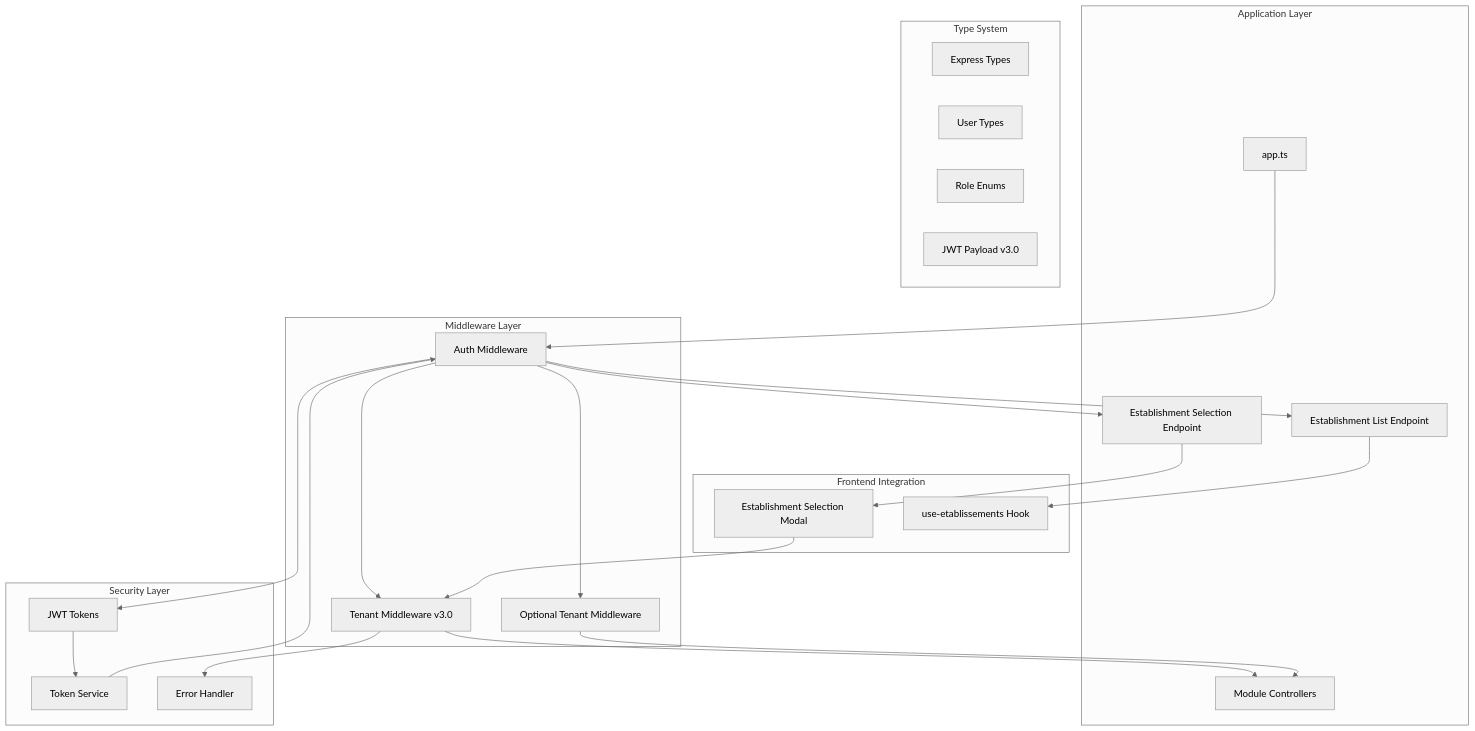
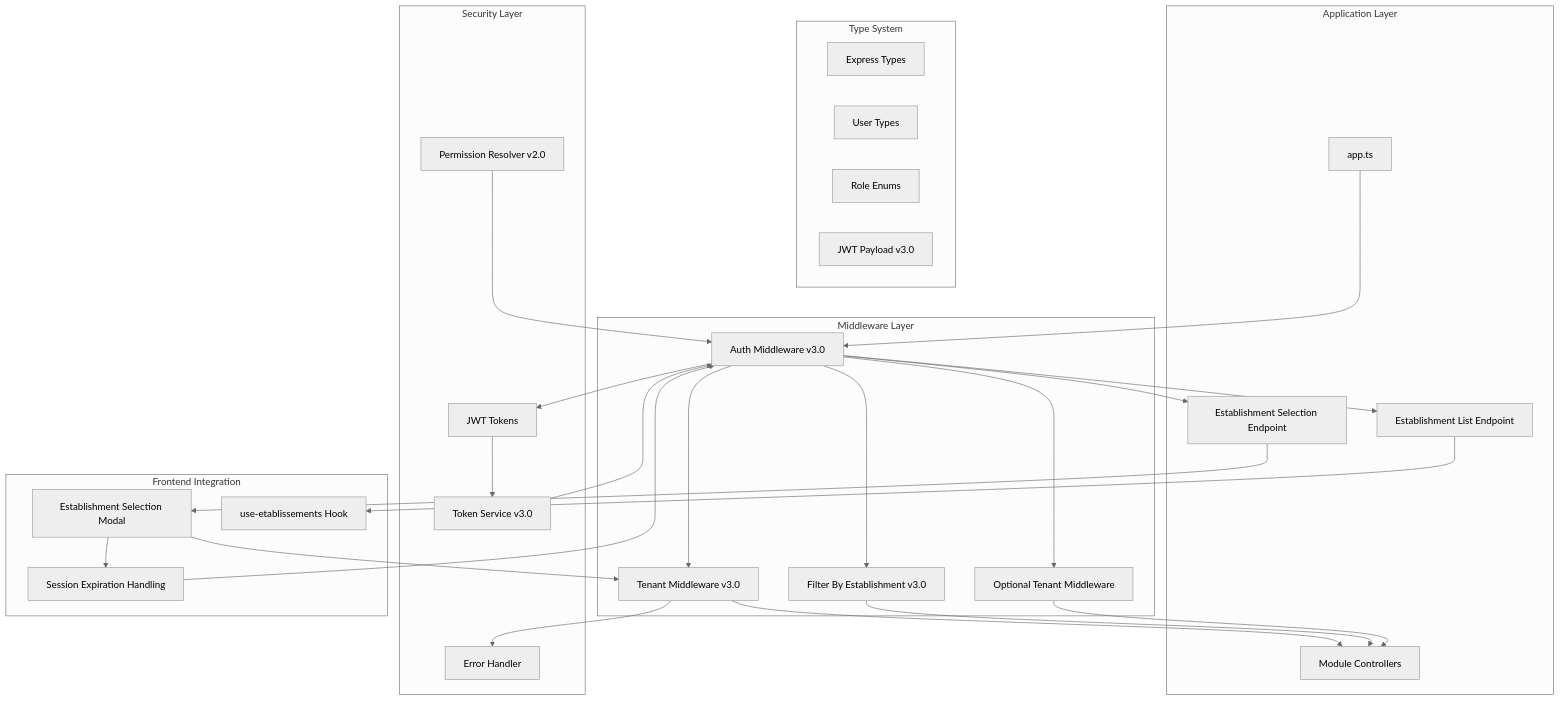
Before and after one commit to franckylab/eLISAschool: the first of 6 diagrams in .qoder/repowiki/en/content/Modules & Features/Administrative Modules/Security & Governance/Tenant Middleware.md, drawn with Mermaid (neutral theme). The commit also changed other lines of this file and 84 other files, not shown here.

````diff
--- a/.qoder/repowiki/en/content/Modules & Features/Administrative Modules/Security & Governance/Tenant Middleware.md
+++ b/.qoder/repowiki/en/content/Modules & Features/Administrative Modules/Security & Governance/Tenant Middleware.md
@@ -53,43 +60,51 @@
 ```mermaid
 graph TB
 subgraph "Application Layer"
 APP[app.ts]
 ROUTES[Module Controllers]
 ENDPOINT[Establishment Selection Endpoint]
 ENDPOINT2[Establishment List Endpoint]
 end
 subgraph "Middleware Layer"
-AUTH[Auth Middleware]
+AUTH[Auth Middleware v3.0]
 TENANT[Tenant Middleware v3.0]
 OPTIONAL_TENANT[Optional Tenant Middleware]
+FILTER_BY_ETABLISSEMENT[Filter By Establishment v3.0]
 end
 subgraph "Type System"
 EXPRESS_TYPES[Express Types]
 USER_TYPES[User Types]
 ROLE_ENUMS[Role Enums]
 JWT_PAYLOAD[JWT Payload v3.0]
 end
 subgraph "Security Layer"
 JWT[JWT Tokens]
-TOKEN_SERVICE[Token Service]
+TOKEN_SERVICE[Token Service v3.0]
 ERROR_HANDLER[Error Handler]
+PERMISSION_RESOLVER[Permission Resolver v2.0]
 end
 subgraph "Frontend Integration"
 MODAL[Establishment Selection Modal]
 HOOK[use-etablissements Hook]
+SESSION_EXPIRATION[Session Expiration Handling]
 end
 APP --> AUTH
 AUTH --> TENANT
+AUTH --> FILTER_BY_ETABLISSEMENT
 AUTH --> OPTIONAL_TENANT
 TENANT --> ROUTES
+FILTER_BY_ETABLISSEMENT --> ROUTES
 OPTIONAL_TENANT --> ROUTES
 AUTH --> JWT
 TENANT --> ERROR_HANDLER
 JWT --> TOKEN_SERVICE
 TOKEN_SERVICE --> AUTH
 AUTH --> ENDPOINT
 AUTH --> ENDPOINT2
 ENDPOINT --> MODAL
 ENDPOINT2 --> HOOK
 MODAL --> TENANT
+MODAL --> SESSION_EXPIRATION
+SESSION_EXPIRATION --> AUTH
+PERMISSION_RESOLVER --> AUTH
 ```
````
